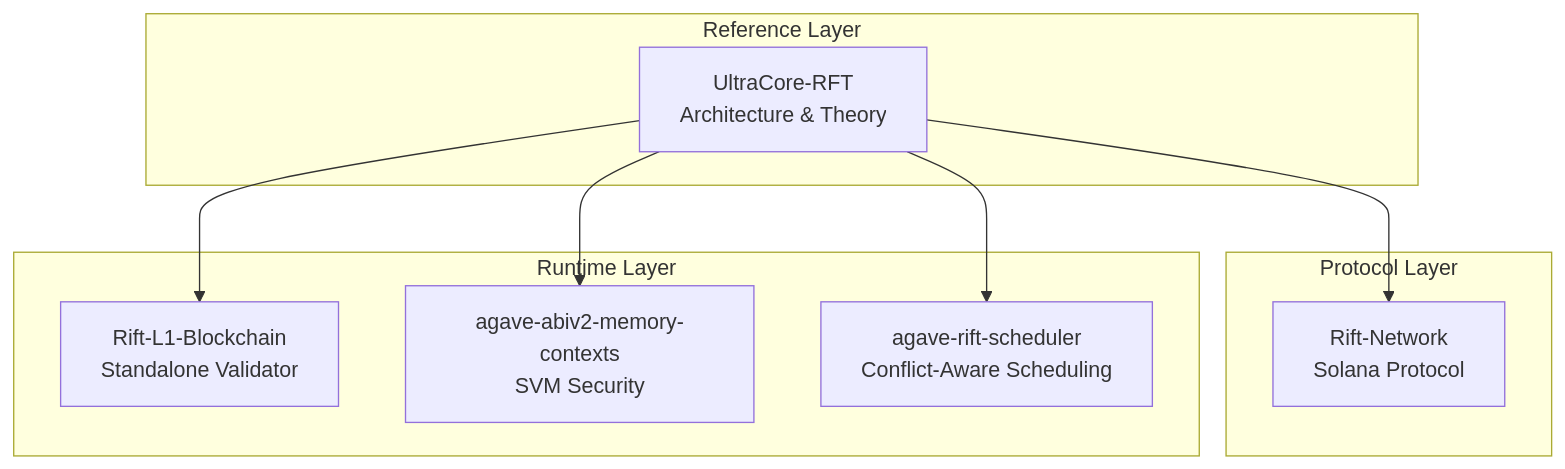
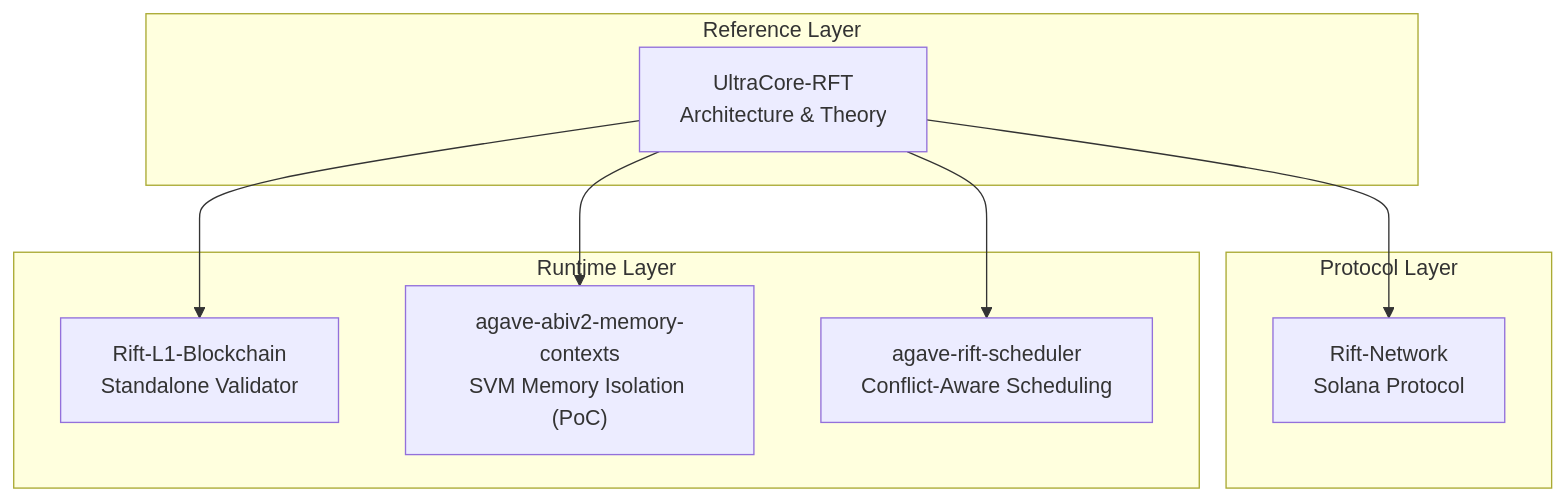
The first of 4 diagrams in PITCH.md (RFT-SIRM/UltraCore-RFT), drawn with Mermaid before and after one commit. The commit also changed other lines of this file, not shown here.

Commit message:
Update agave-abiv2-memory-contexts to reflect PoC status

````diff
--- a/PITCH.md
+++ b/PITCH.md
@@ -84,18 +84,18 @@
 ```mermaid
 flowchart TB
     subgraph L1["Protocol Layer"]
         RN["Rift-Network<br/>Solana Protocol"]
     end
     subgraph L2["Runtime Layer"]
         RL1["Rift-L1-Blockchain<br/>Standalone Validator"]
-        MEM["agave-abiv2-memory-contexts<br/>SVM Security"]
+       MEM["agave-abiv2-memory-contexts<br/>SVM Memory Isolation (PoC)"]
         SCHED["agave-rift-scheduler<br/>Conflict-Aware Scheduling"]
     end
     subgraph L3["Reference Layer"]
         UC["UltraCore-RFT<br/>Architecture & Theory"]
     end
     UC --> RN
     UC --> RL1
     UC --> MEM
     UC --> SCHED
 ```
````
